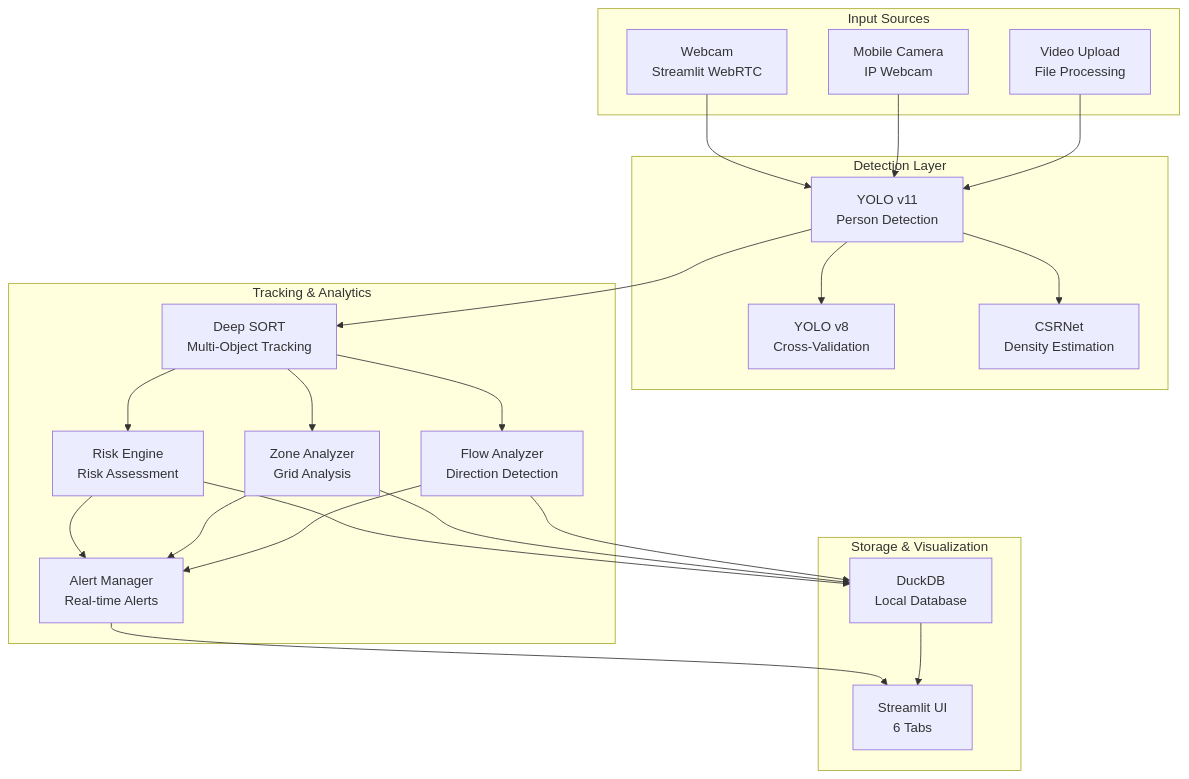
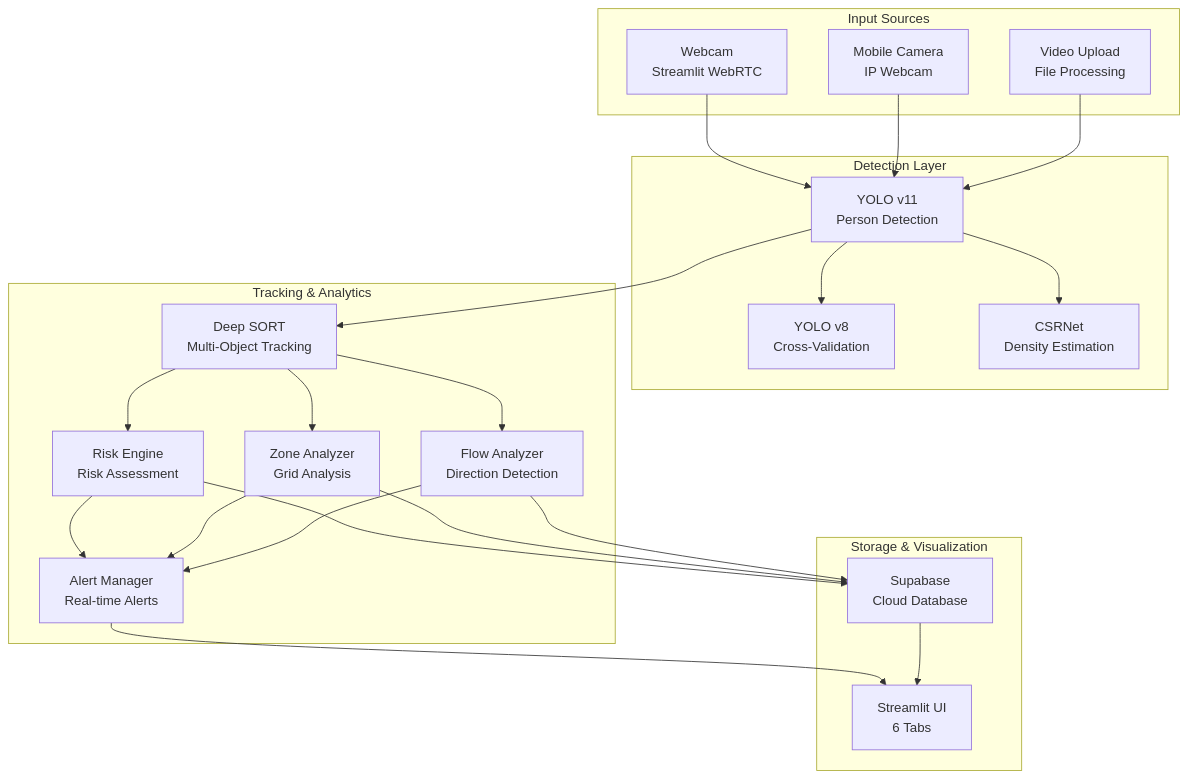
One commit to SURIYA-PRAKASH-E-S/CrowdIQ changed the diagram in README.md. Above: the diagram before and after it, drawn with Mermaid. The commit also changed other lines of this file and 1 other file, not shown here.

````diff
--- a/README.md
+++ b/README.md
@@ -105,45 +105,45 @@
 ```mermaid
 graph TB
     subgraph "Input Sources"
         A[Webcam<br/>Streamlit WebRTC]
         B[Mobile Camera<br/>IP Webcam]
         C[Video Upload<br/>File Processing]
     end
 
     subgraph "Detection Layer"
         D[YOLO v11<br/>Person Detection]
         E[YOLO v8<br/>Cross-Validation]
         F[CSRNet<br/>Density Estimation]
     end
 
     subgraph "Tracking & Analytics"
         G[Deep SORT<br/>Multi-Object Tracking]
         H[Risk Engine<br/>Risk Assessment]
         I[Zone Analyzer<br/>Grid Analysis]
         J[Flow Analyzer<br/>Direction Detection]
         K[Alert Manager<br/>Real-time Alerts]
     end
 
     subgraph "Storage & Visualization"
-        L[DuckDB<br/>Local Database]
+        L[Supabase<br/>Cloud Database]
         M[Streamlit UI<br/>6 Tabs]
     end
 
     A --> D
     B --> D
     C --> D
     D --> E
     D --> F
     D --> G
     G --> H
     G --> I
     G --> J
     H --> K
     I --> K
     J --> K
     H --> L
     I --> L
     J --> L
     K --> M
     L --> M
 ```
````
